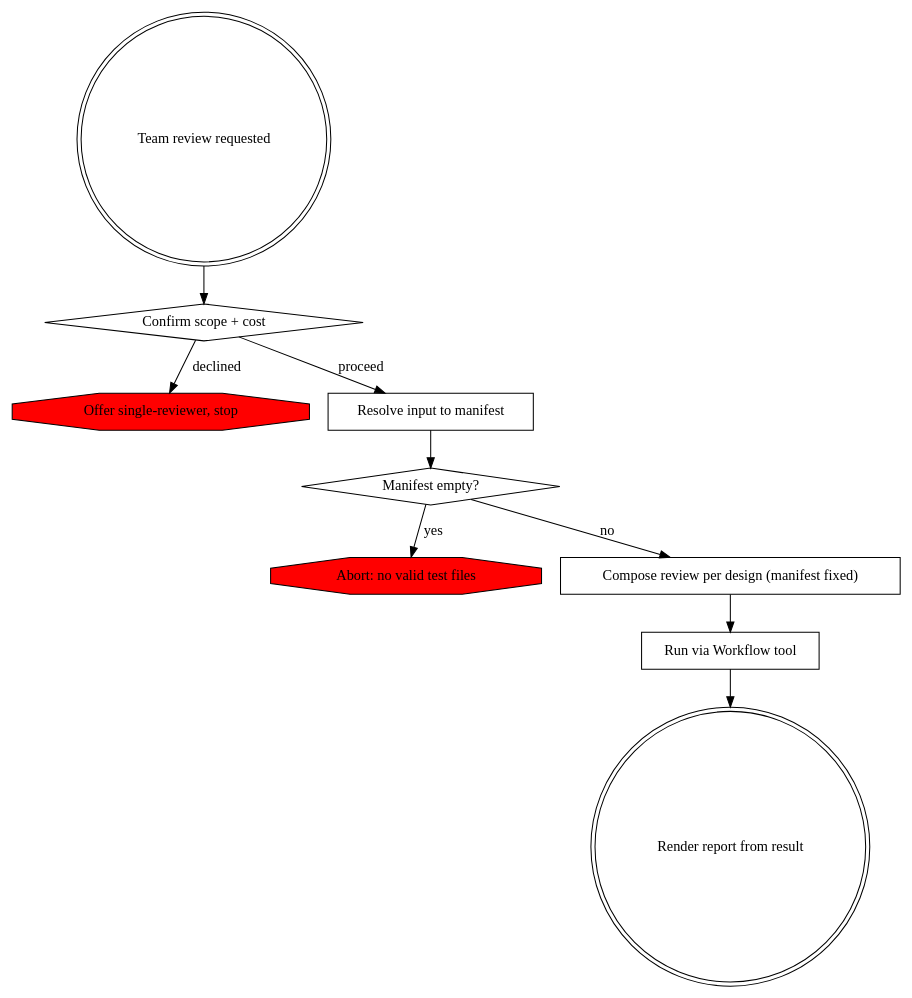
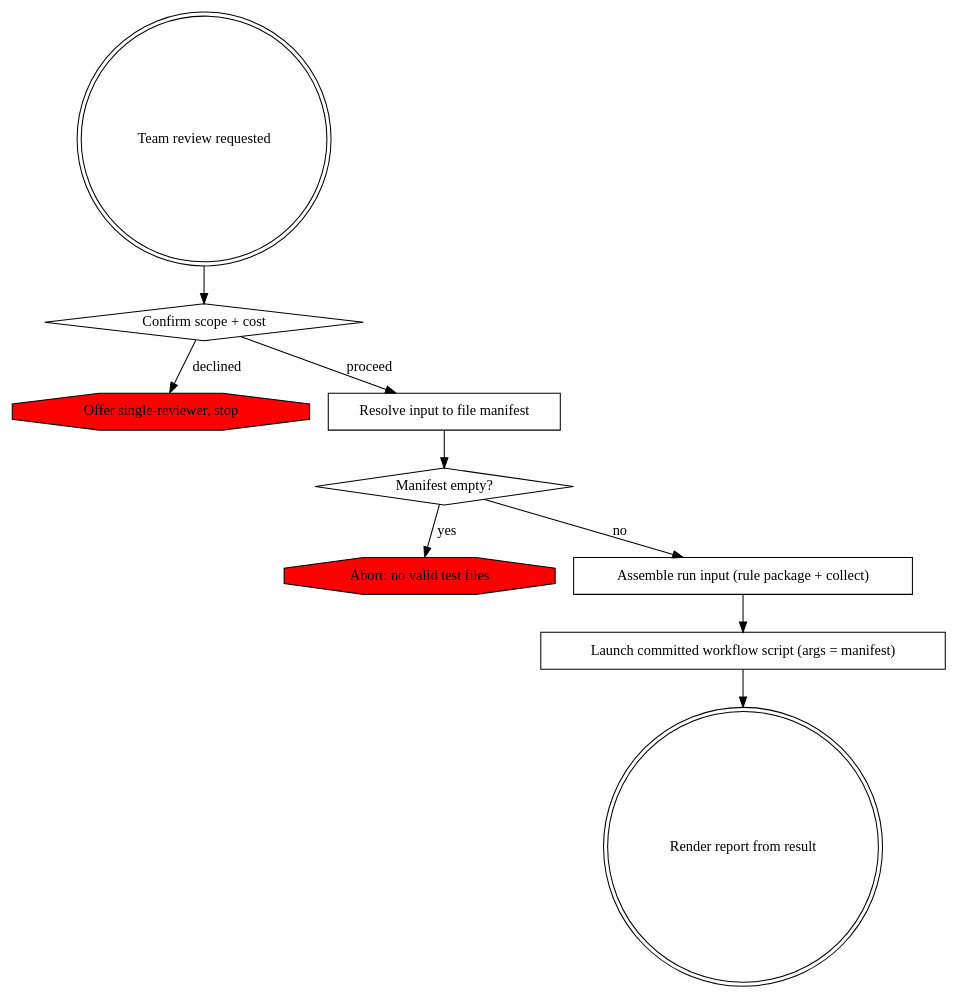
The diagram in plugins/test-writing/skills/phpunit-unit-test-team-reviewing/SKILL.md (shopwareLabs/ai-coding-tools), drawn with Graphviz before and after one commit. The commit also changed other lines of this file and 21 other files, not shown here.

````diff
--- a/plugins/test-writing/skills/phpunit-unit-test-team-reviewing/SKILL.md
+++ b/plugins/test-writing/skills/phpunit-unit-test-team-reviewing/SKILL.md
@@ -12,22 +12,22 @@
 ```dot
 digraph team_review {
   "Team review requested" [shape=doublecircle];
   "Confirm scope + cost" [shape=diamond];
   "Offer single-reviewer, stop" [shape=octagon, style=filled, fillcolor=red];
-  "Resolve input to manifest" [shape=box];
+  "Resolve input to file manifest" [shape=box];
   "Manifest empty?" [shape=diamond];
   "Abort: no valid test files" [shape=octagon, style=filled, fillcolor=red];
-  "Compose review per design (manifest fixed)" [shape=box];
-  "Run via Workflow tool" [shape=box];
+  "Assemble run input (rule package + collect)" [shape=box];
+  "Launch committed workflow script (args = manifest)" [shape=box];
   "Render report from result" [shape=doublecircle];
 
   "Team review requested" -> "Confirm scope + cost";
   "Confirm scope + cost" -> "Offer single-reviewer, stop" [label="declined"];
-  "Confirm scope + cost" -> "Resolve input to manifest" [label="proceed"];
-  "Resolve input to manifest" -> "Manifest empty?";
+  "Confirm scope + cost" -> "Resolve input to file manifest" [label="proceed"];
+  "Resolve input to file manifest" -> "Manifest empty?";
   "Manifest empty?" -> "Abort: no valid test files" [label="yes"];
-  "Manifest empty?" -> "Compose review per design (manifest fixed)" [label="no"];
-  "Compose review per design (manifest fixed)" -> "Run via Workflow tool";
-  "Run via Workflow tool" -> "Render report from result";
+  "Manifest empty?" -> "Assemble run input (rule package + collect)" [label="no"];
+  "Assemble run input (rule package + collect)" -> "Launch committed workflow script (args = manifest)";
+  "Launch committed workflow script (args = manifest)" -> "Render report from result";
 }
 ```
````
